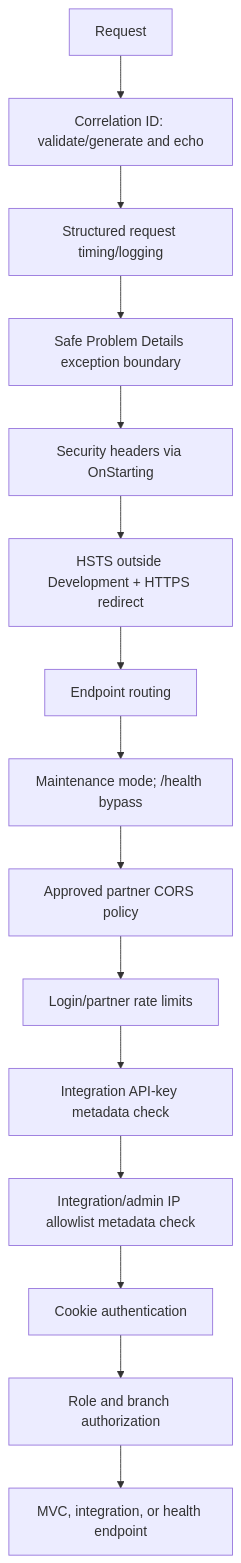
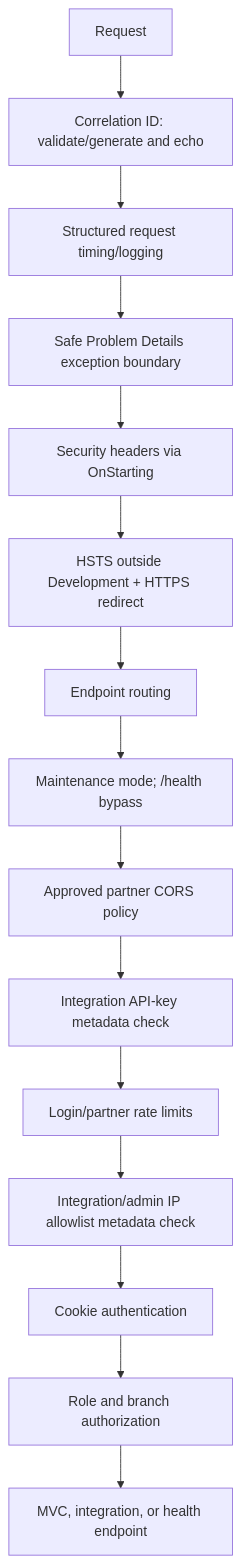
One commit to NarendraDappili/ApexPostLogisticsRepo changed diagram 23 of 28 in DESIGN.md. Above: the diagram before and after it, drawn with Mermaid. The commit also changed other lines of this file and 7 other files, not shown here.

````diff
--- a/DESIGN.md
+++ b/DESIGN.md
@@ -370,17 +373,17 @@
 ```mermaid
 flowchart TD
     Request --> Correlation[Correlation ID: validate/generate and echo]
     Correlation --> Timing[Structured request timing/logging]
     Timing --> Errors[Safe Problem Details exception boundary]
     Errors --> Headers[Security headers via OnStarting]
     Headers --> HTTPS[HSTS outside Development + HTTPS redirect]
     HTTPS --> Routing[Endpoint routing]
     Routing --> Maintenance[Maintenance mode; /health bypass]
     Maintenance --> CORS[Approved partner CORS policy]
-    CORS --> Limits[Login/partner rate limits]
-    Limits --> ApiKey[Integration API-key metadata check]
-    ApiKey --> IP[Integration/admin IP allowlist metadata check]
+    CORS --> ApiKey[Integration API-key metadata check]
+    ApiKey --> Limits[Login/partner rate limits]
+    Limits --> IP[Integration/admin IP allowlist metadata check]
     IP --> Cookie[Cookie authentication]
     Cookie --> Authz[Role and branch authorization]
     Authz --> Endpoint[MVC, integration, or health endpoint]
 ```
````
